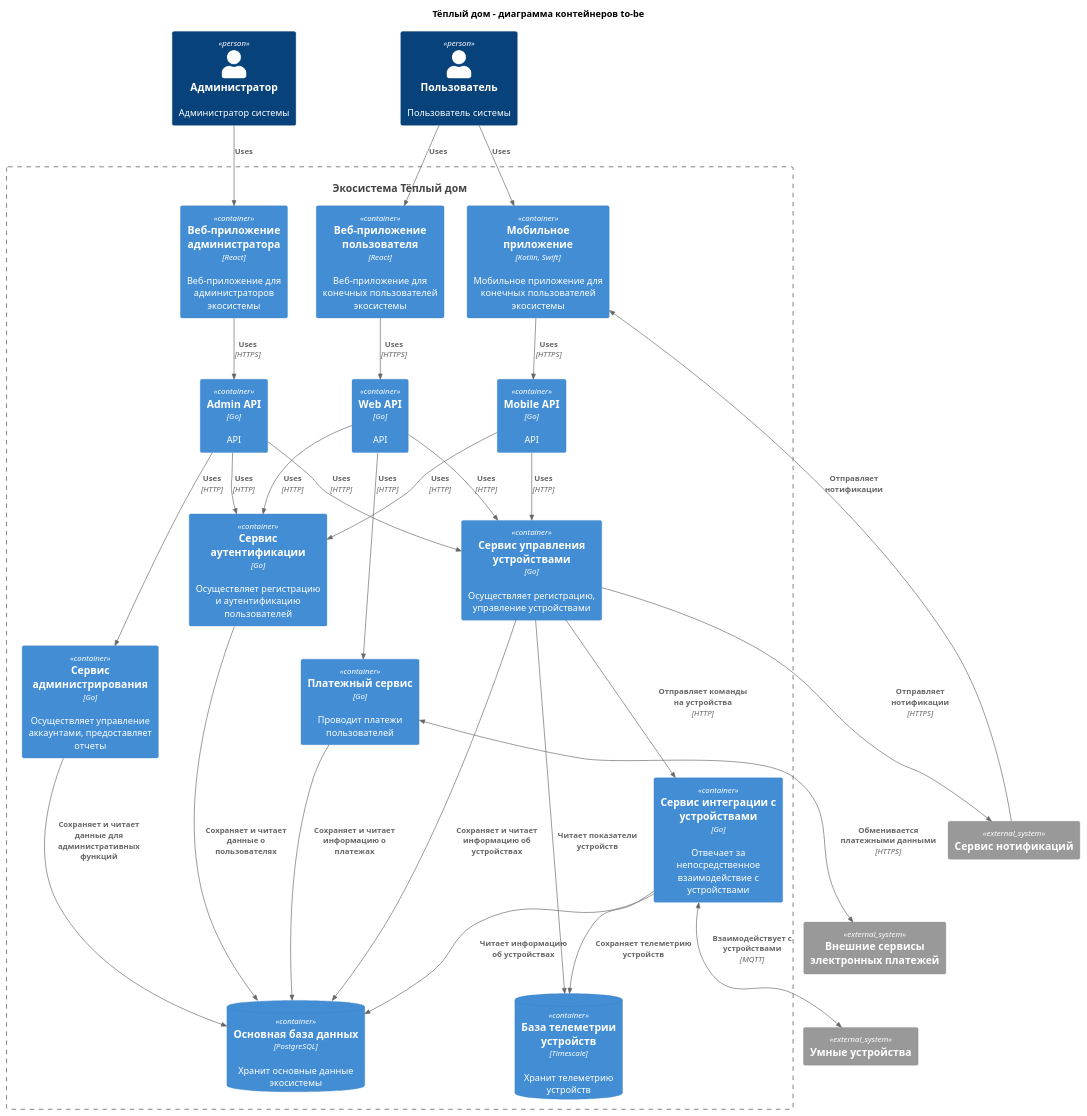
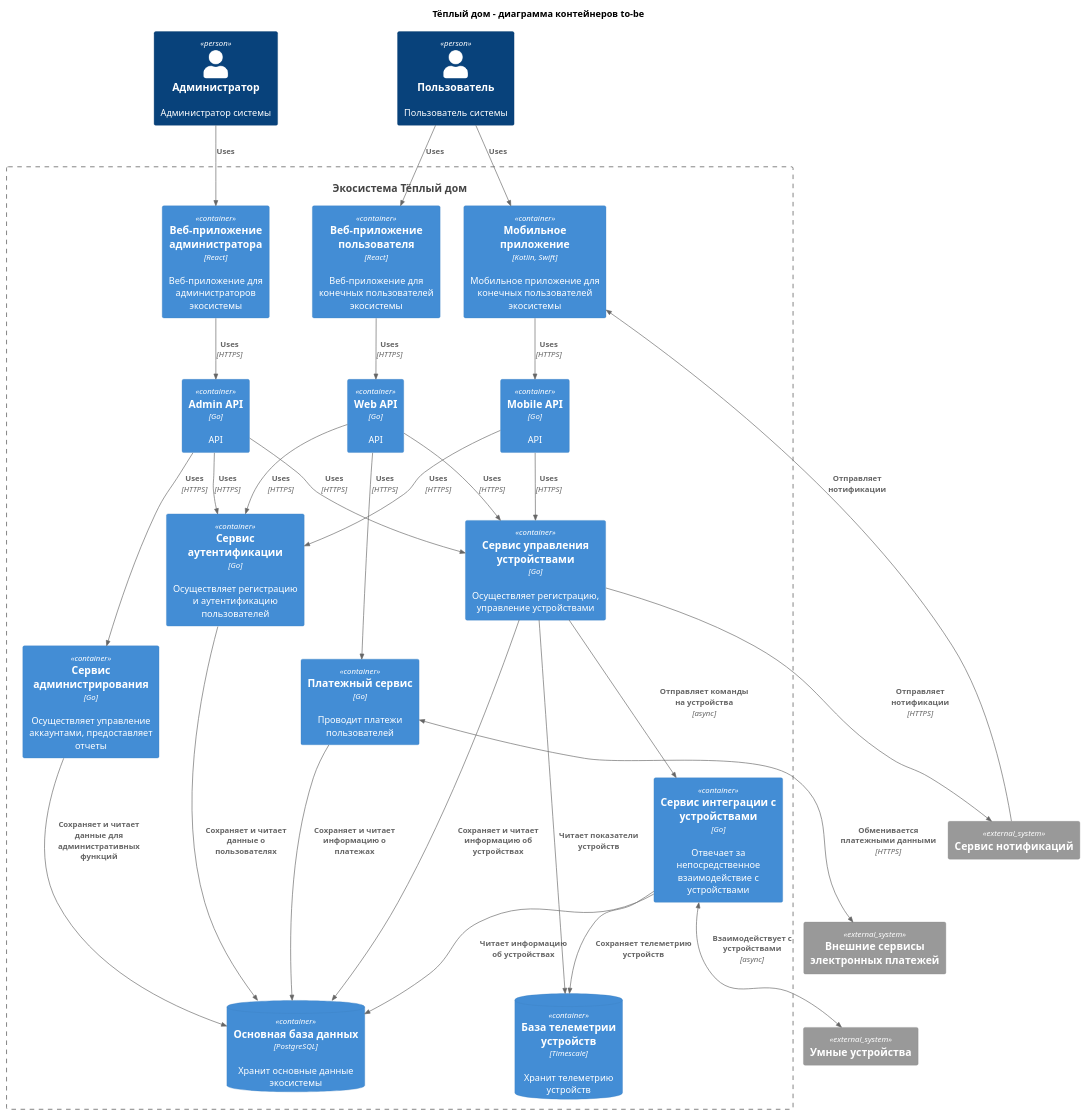
One commit to kmaslov/yp-arch-1 changed the diagram in diagrams/container.puml. Above: the diagram before and after it, drawn with PlantUML. The commit also changed 1 other file, not shown here.

```diff
--- a/diagrams/container.puml
+++ b/diagrams/container.puml
@@ -1,58 +1,58 @@
 @startuml
 
 !include https://raw.githubusercontent.com/plantuml-stdlib/C4-PlantUML/master/C4_Container.puml
 
 title Тёплый дом - диаграмма контейнеров to-be
 
 Person(admin, "Администратор", "Администратор системы")
 Person(user, "Пользователь", "Пользователь системы")
 System(system, "Экосистема Тёплый дом")
 
 Container_Boundary(system, "Экосистема Тёплый дом") {
   Container(WebApp, "Веб-приложение пользователя", "React", "Веб-приложение для конечных пользователей экосистемы")
   Container(MobileApp, "Мобильное приложение", "Kotlin, Swift", "Мобильное приложение для конечных пользователей экосистемы")
   Container(AdminApp, "Веб-приложение администратора", "React", "Веб-приложение для администраторов экосистемы")
   Container(WebApi, "Web API", "Go", "API")
   Container(MobileApi, "Mobile API", "Go", "API")
   Container(AdminApi, "Admin API", "Go", "API")
   Container(AuthService, "Сервис аутентификации", "Go", "Осуществляет регистрацию и аутентификацию пользователей")
   Container(PaymentService, "Платежный сервис", "Go", "Проводит платежи пользователей")
   Container(DeviceIntegrationService, "Сервис интеграции с устройствами", "Go", "Отвечает за непосредственное взаимодействие с устройствами")
   Container(DeviceManagementService, "Сервис управления устройствами", "Go", "Осуществляет регистрацию, управление устройствами")
   Container(UserManagementService, "Сервис администрирования", "Go", "Осуществляет управление аккаунтами, предоставляет отчеты")
   ContainerDb(TelemetryDatabase, "База телеметрии устройств", "Timescale", "Хранит телеметрию устройств")
   ContainerDb(MainDatabase, "Основная база данных", "PostgreSQL", "Хранит основные данные экосистемы")
 }
 
 System_Ext(devices, "Умные устройства")
 System_Ext(bank, "Внешние сервисы электронных платежей")
 System_Ext(notifications, "Сервис нотификаций")
 
 Rel(admin, AdminApp, "Uses")
 Rel(user, WebApp, "Uses")
 Rel(user, MobileApp, "Uses")
 Rel(AdminApp, AdminApi, "Uses", "HTTPS")
-Rel(AdminApi, AuthService, "Uses", "HTTP")
-Rel(AdminApi, UserManagementService, "Uses", "HTTP")
-Rel(AdminApi, DeviceManagementService, "Uses", "HTTP")
+Rel(AdminApi, AuthService, "Uses", "HTTPS")
+Rel(AdminApi, UserManagementService, "Uses", "HTTPS")
+Rel(AdminApi, DeviceManagementService, "Uses", "HTTPS")
 Rel(WebApp, WebApi, "Uses", "HTTPS")
 Rel(MobileApp, MobileApi, "Uses", "HTTPS")
 Rel(notifications, MobileApp, "Отправляет нотификации")
-Rel(WebApi, AuthService, "Uses", "HTTP")
-Rel(WebApi, DeviceManagementService, "Uses", "HTTP")
-Rel(WebApi, PaymentService, "Uses", "HTTP")
-Rel(MobileApi, AuthService, "Uses", "HTTP")
-Rel(MobileApi, DeviceManagementService, "Uses", "HTTP")
-Rel(DeviceManagementService, DeviceIntegrationService, "Отправляет команды на устройства", "HTTP")
+Rel(WebApi, AuthService, "Uses", "HTTPS")
+Rel(WebApi, DeviceManagementService, "Uses", "HTTPS")
+Rel(WebApi, PaymentService, "Uses", "HTTPS")
+Rel(MobileApi, AuthService, "Uses", "HTTPS")
+Rel(MobileApi, DeviceManagementService, "Uses", "HTTPS")
+Rel(DeviceManagementService, DeviceIntegrationService, "Отправляет команды на устройства", "async")
 Rel(DeviceManagementService, MainDatabase, "Сохраняет и читает информацию об устройствах", "")
 Rel(DeviceManagementService, TelemetryDatabase, "Читает показатели устройств", "")
 Rel(DeviceManagementService, notifications, "Отправляет нотификации", "HTTPS")
 Rel(PaymentService, MainDatabase, "Сохраняет и читает информацию о платежах")
 BiRel(PaymentService, bank, "Обменивается платежными данными", "HTTPS")
 Rel(AuthService, MainDatabase, "Сохраняет и читает данные о пользователях", "")
 Rel(UserManagementService, MainDatabase, "Сохраняет и читает данные для административных функций", "")
-BiRel(DeviceIntegrationService, devices, "Взаимодействует с устройствами", "MQTT")
+BiRel(DeviceIntegrationService, devices, "Взаимодействует с устройствами", "async")
 Rel(DeviceIntegrationService, TelemetryDatabase, "Сохраняет телеметрию устройств", "")
 Rel(DeviceIntegrationService, MainDatabase, "Читает информацию об устройствах", "")
 
 @enduml
```
